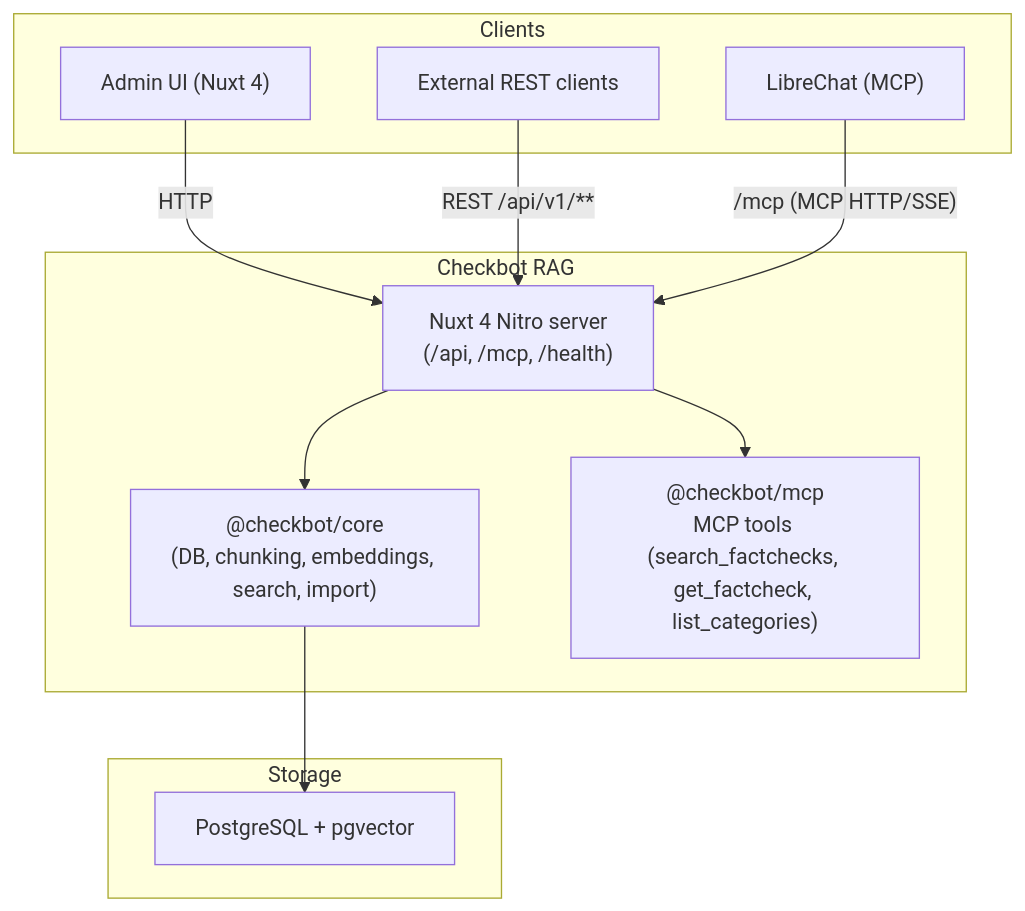
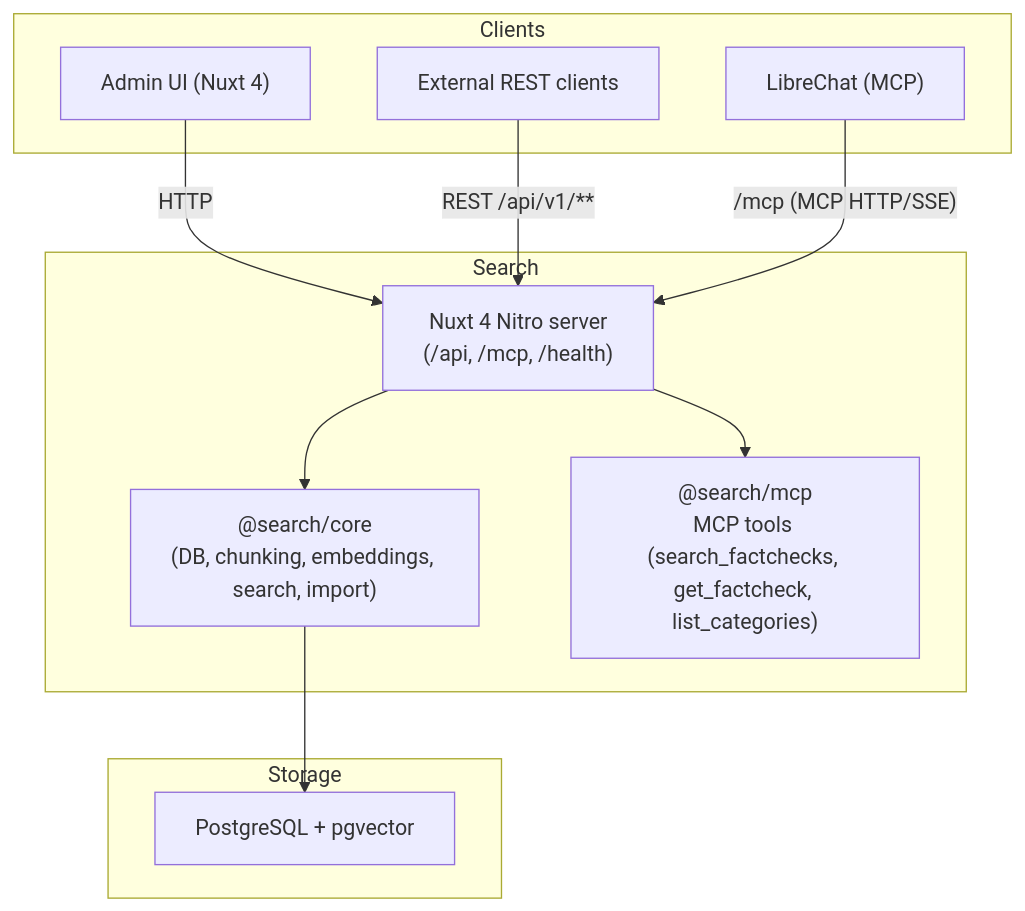
Before and after one commit to faktenforum/checkbot-rag: the diagram in README.md, drawn with Mermaid. The commit also changed other lines of this file and 95 other files, not shown here.

First line of the commit message:
refactor: rename checkbot-rag to search (#23)

````diff
--- a/README.md
+++ b/README.md
@@ -76,25 +76,25 @@
 ```mermaid
 graph TB
   subgraph clients [Clients]
     LibreChat["LibreChat (MCP)"]
     AdminUI["Admin UI (Nuxt 4)"]
     ExtAPI["External REST clients"]
   end
 
-  subgraph service [Checkbot RAG]
+  subgraph service [Search]
     Nuxt["Nuxt 4 Nitro server<br/>(/api, /mcp, /health)"]
-    Core["@checkbot/core<br/>(DB, chunking, embeddings, search, import)"]
-    Mcp["@checkbot/mcp<br/>MCP tools (search_factchecks, get_factcheck, list_categories)"]
+    Core["@search/core<br/>(DB, chunking, embeddings, search, import)"]
+    Mcp["@search/mcp<br/>MCP tools (search_factchecks, get_factcheck, list_categories)"]
   end
 
   subgraph storage [Storage]
     PG["PostgreSQL + pgvector"]
   end
 
   AdminUI -->|"HTTP"| Nuxt
   ExtAPI -->|"REST /api/v1/**"| Nuxt
   LibreChat -->|"/mcp (MCP HTTP/SSE)"| Nuxt
   Nuxt --> Core
   Nuxt --> Mcp
   Core --> PG
 ```
````
